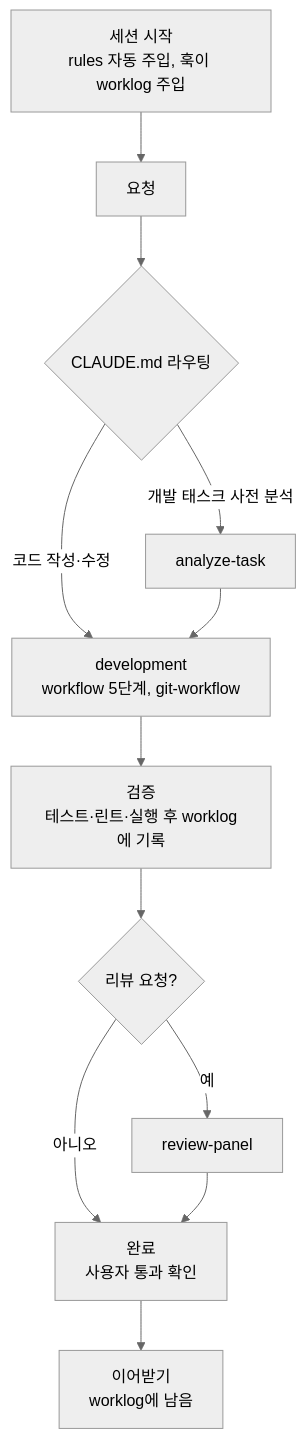
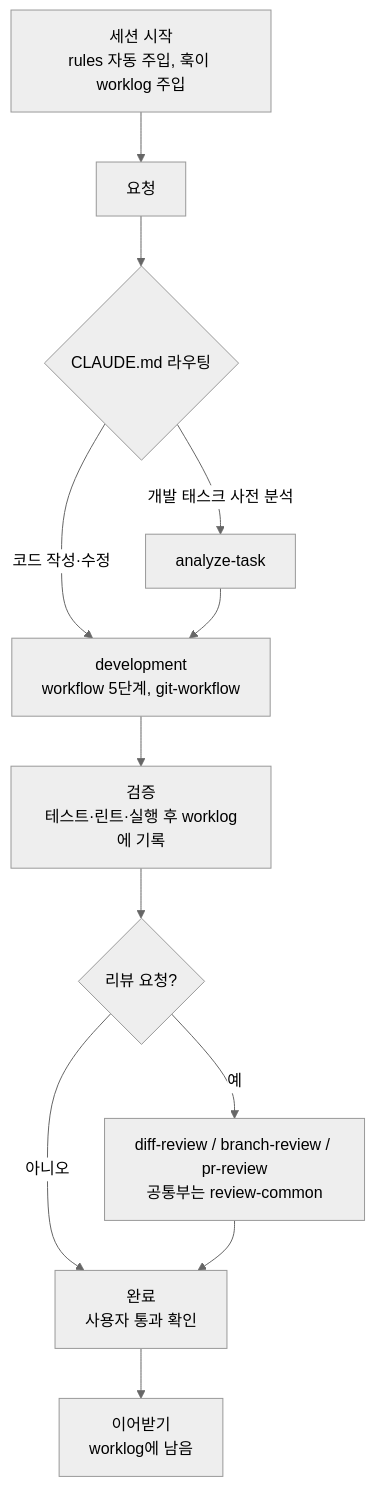
The first of 2 diagrams in README.md (1Dohyeon/claude-sync), drawn with Mermaid (neutral theme) before and after one commit. The commit also changed other lines of this file and 13 other files, not shown here.

````diff
--- a/README.md
+++ b/README.md
@@ -71,14 +73,14 @@
 ```mermaid
 flowchart TD
     A["세션 시작<br/>rules 자동 주입, 훅이 worklog 주입"] --> B["요청"]
     B --> C{"CLAUDE.md 라우팅"}
     C -->|"개발 태스크 사전 분석"| D["analyze-task"]
     C -->|"코드 작성·수정"| E["development<br/>workflow 5단계, git-workflow"]
     D --> E
     E --> F["검증<br/>테스트·린트·실행 후 worklog에 기록"]
     F --> G{"리뷰 요청?"}
-    G -->|"예"| H["review-panel"]
+    G -->|"예"| H["diff-review / branch-review / pr-review<br/>공통부는 review-common"]
     G -->|"아니오"| I["완료<br/>사용자 통과 확인"]
     H --> I
     I --> J["이어받기<br/>worklog에 남음"]
 ```
````
